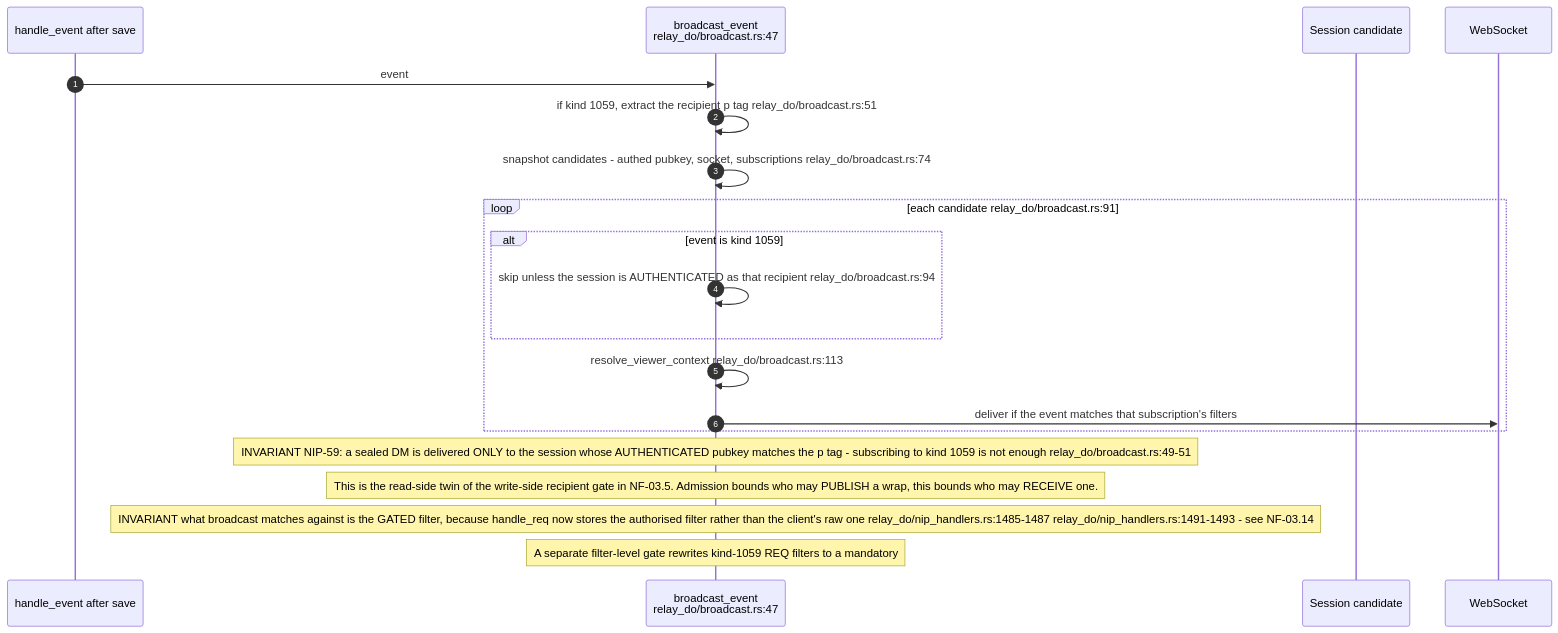
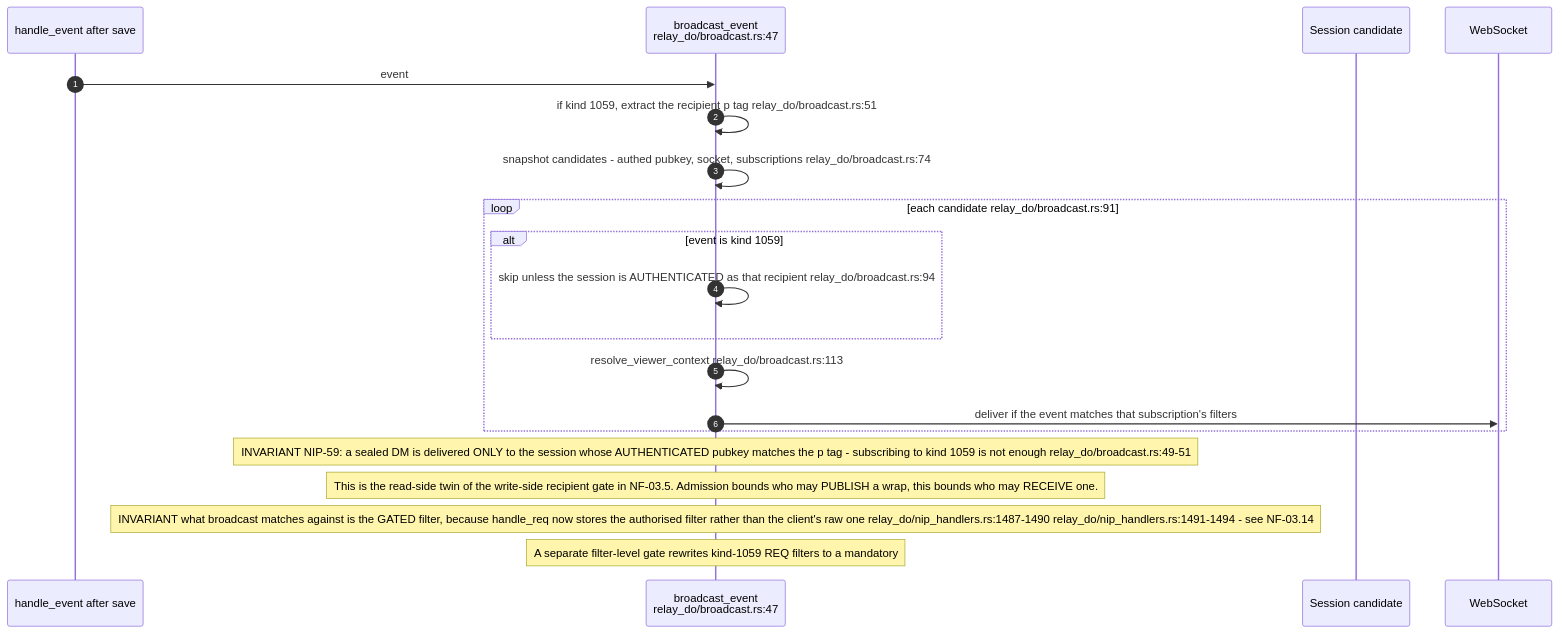
One commit to DreamLab-AI/VisionFlow changed the fourth of 16 diagrams in docs/diagrams/nostr-rust-forum/11-relay-durable-object-internals.md. Above: the diagram before and after it, drawn with Mermaid. The commit also changed other lines of this file and 111 other files, not shown here.

Commit message:
docs(diagrams): align estate maps with current source

````diff
--- a/docs/diagrams/nostr-rust-forum/11-relay-durable-object-internals.md
+++ b/docs/diagrams/nostr-rust-forum/11-relay-durable-object-internals.md
@@ -129,24 +129,24 @@
 ```mermaid
 sequenceDiagram
     autonumber
     participant H as handle_event after save
     participant B as broadcast_event<br/>relay_do/broadcast.rs:47
     participant S as Session candidate
     participant W as WebSocket
 
     H->>B: event
     B->>B: if kind 1059, extract the recipient p tag relay_do/broadcast.rs:51
     B->>B: snapshot candidates - authed pubkey, socket, subscriptions relay_do/broadcast.rs:74
     loop each candidate relay_do/broadcast.rs:91
         alt event is kind 1059
             B->>B: skip unless the session is AUTHENTICATED as that recipient relay_do/broadcast.rs:94
         end
         B->>B: resolve_viewer_context relay_do/broadcast.rs:113
         B->>W: deliver if the event matches that subscription's filters
     end
 
     Note over B: INVARIANT NIP-59: a sealed DM is delivered ONLY to the session whose AUTHENTICATED pubkey matches the p tag - subscribing to kind 1059 is not enough relay_do/broadcast.rs:49-51
     Note over B: This is the read-side twin of the write-side recipient gate in NF-03.5. Admission bounds who may PUBLISH a wrap, this bounds who may RECEIVE one.
-    Note over B: INVARIANT what broadcast matches against is the GATED filter, because handle_req now stores the authorised filter rather than the client's raw one relay_do/nip_handlers.rs:1485-1487 relay_do/nip_handlers.rs:1491-1493 - see NF-03.14
-    Note over B: A separate filter-level gate rewrites kind-1059 REQ filters to a mandatory #p in BOTH auth modes relay_do/nip_handlers.rs:1760 - so DM privacy never depends on AUTH_MODE relay_do/nip42.rs:236-239
+    Note over B: INVARIANT what broadcast matches against is the GATED filter, because handle_req now stores the authorised filter rather than the client's raw one relay_do/nip_handlers.rs:1487-1490 relay_do/nip_handlers.rs:1491-1494 - see NF-03.14
+    Note over B: A separate filter-level gate rewrites kind-1059 REQ filters to a mandatory #p in BOTH auth modes relay_do/nip_handlers.rs:1786 - so DM privacy never depends on AUTH_MODE relay_do/nip42.rs:236-239
 ```
````
